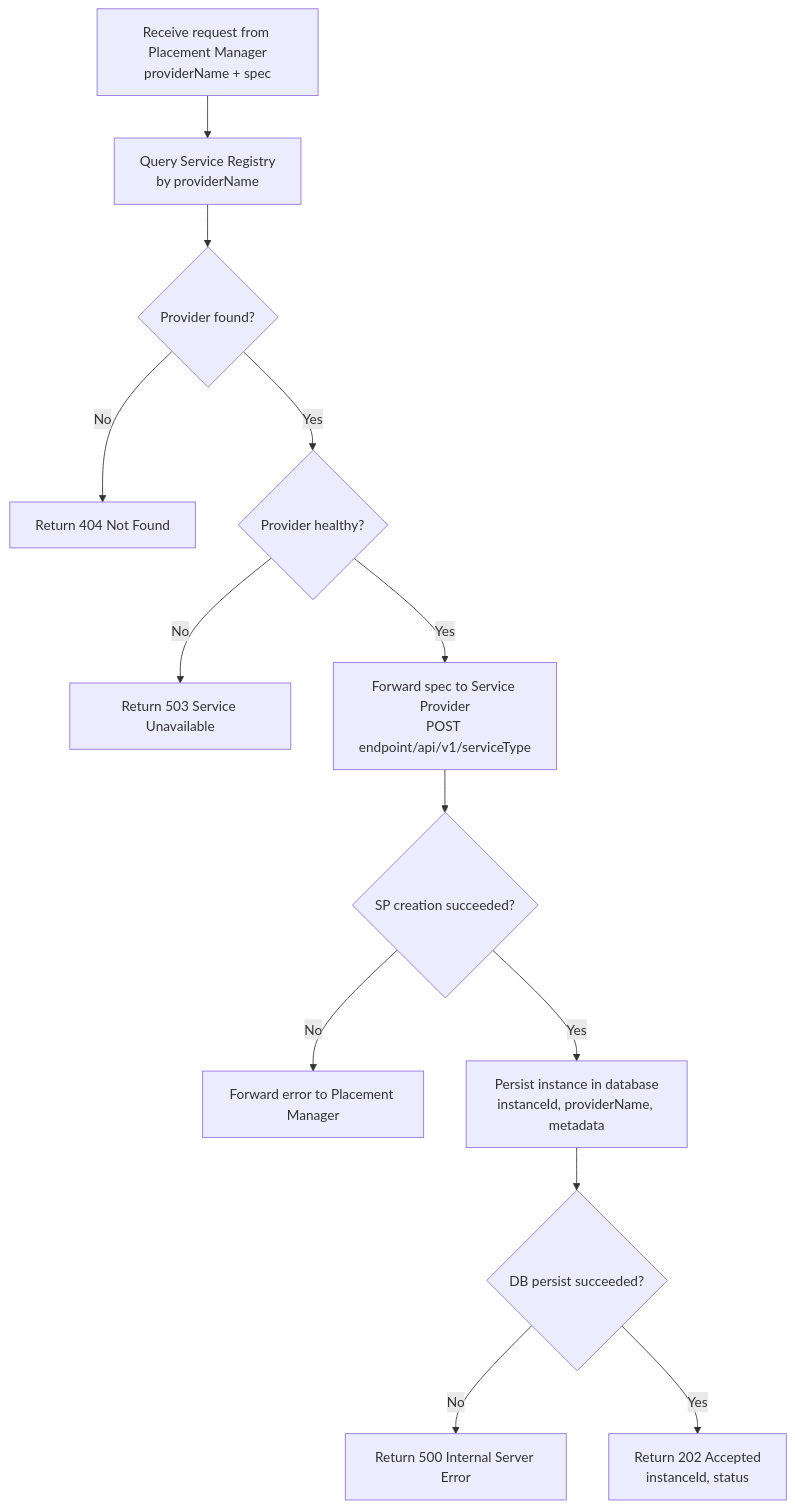
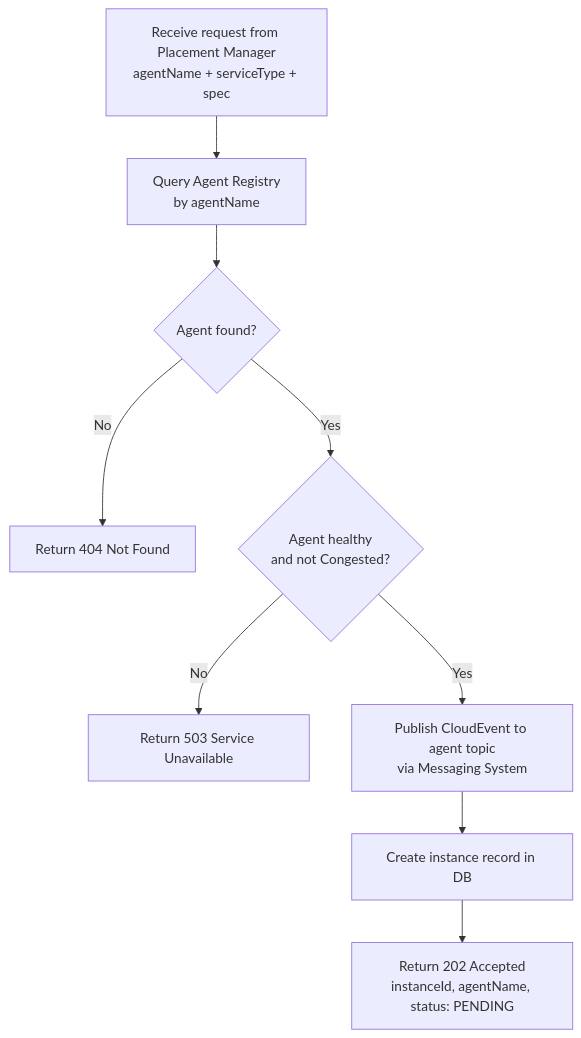
Diagram 16 of 23 in enhancements/user-flows/user-flows.md (dcm-project/enhancements), drawn with Mermaid before and after one commit. The commit also changed other lines of this file and 7 other files, not shown here.

````diff
--- a/enhancements/user-flows/user-flows.md
+++ b/enhancements/user-flows/user-flows.md
@@ -731,15 +958,11 @@
 ```mermaid
 flowchart TD
-    A[Receive request from Placement Manager<br/>providerName + spec] --> B[Query Service Registry<br/>by providerName]
-    B --> C{Provider found?}
+    A[Receive request from Placement Manager<br/>agentName + serviceType + spec] --> B[Query Agent Registry<br/>by agentName]
+    B --> C{Agent found?}
     C -->|No| D[Return 404 Not Found]
-    C -->|Yes| E{Provider healthy?}
+    C -->|Yes| E{Agent healthy<br/>and not Congested?}
     E -->|No| F[Return 503 Service Unavailable]
-    E -->|Yes| G[Forward spec to Service Provider<br/>POST endpoint/api/v1/serviceType]
-    G --> H{SP creation succeeded?}
-    H -->|No| I[Forward error to Placement Manager]
-    H -->|Yes| J[Persist instance in database<br/>instanceId, providerName, metadata]
-    J --> K{DB persist succeeded?}
-    K -->|No| L[Return 500 Internal Server Error]
-    K -->|Yes| M[Return 202 Accepted<br/>instanceId, status]
+    E -->|Yes| G[Publish CloudEvent to agent topic<br/>via Messaging System]
+    G --> H[Create instance record in DB]
+    H --> I[Return 202 Accepted<br/>instanceId, agentName, status: PENDING]
 ```
````
